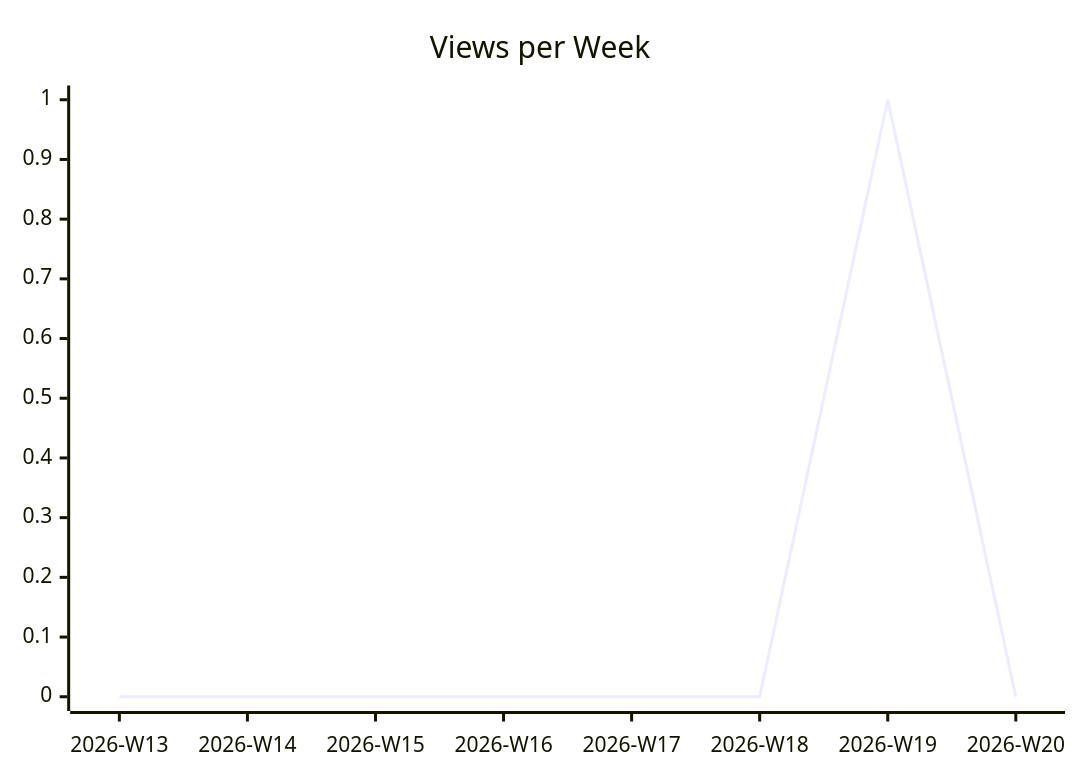
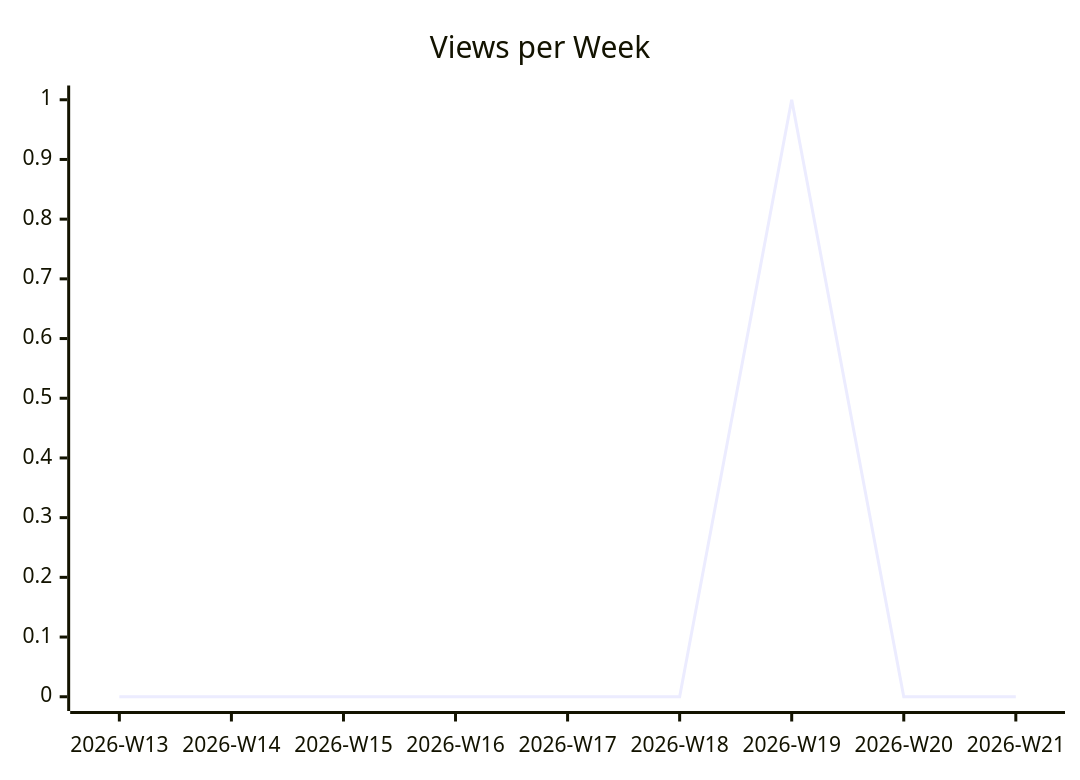
Before and after one commit to justdavis-family/github-analytics-data: the second of 3 diagrams in karlmdavis/kobjects/README.md, drawn with Mermaid. The commit also changed other lines of this file and 189 other files, not shown here.

````diff
--- a/karlmdavis/kobjects/README.md
+++ b/karlmdavis/kobjects/README.md
@@ -12,6 +12,6 @@
 ```mermaid
 xychart-beta
   title "Views per Week"
-  x-axis ["2026-W13", "2026-W14", "2026-W15", "2026-W16", "2026-W17", "2026-W18", "2026-W19", "2026-W20"]
-  line [0, 0, 0, 0, 0, 0, 1, 0]
+  x-axis ["2026-W13", "2026-W14", "2026-W15", "2026-W16", "2026-W17", "2026-W18", "2026-W19", "2026-W20", "2026-W21"]
+  line [0, 0, 0, 0, 0, 0, 1, 0, 0]
 ```
````
